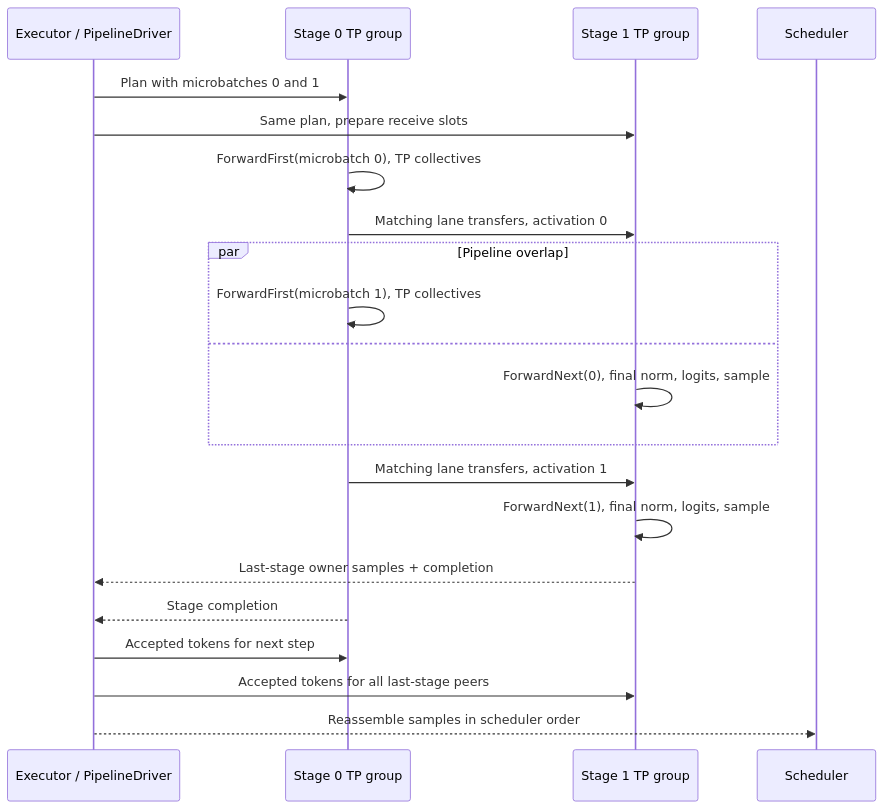
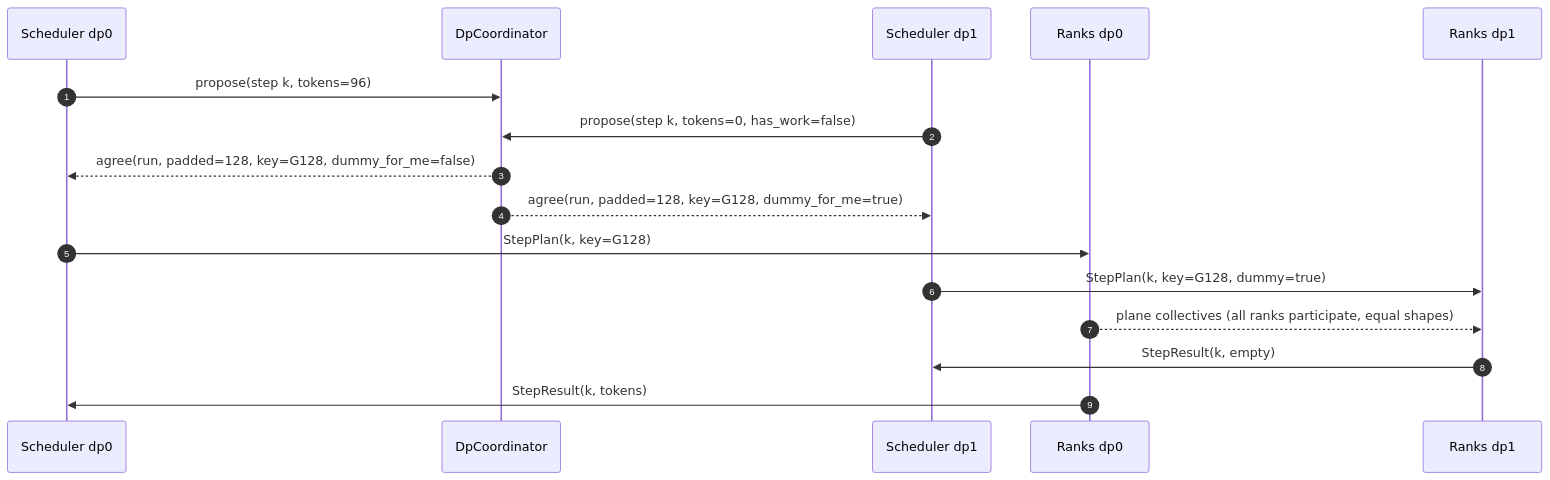
Before and after one commit to divedb/InferX: the fifth of 6 diagrams in docs/executor.md, drawn with Mermaid. The commit also changed other lines of this file and 77 other files, not shown here.

````diff
--- a/docs/executor.md
+++ b/docs/executor.md
@@ -490,23 +1104,18 @@
 ```mermaid
 sequenceDiagram
-    participant E as Executor / PipelineDriver
-    participant A as Stage 0 TP group
-    participant B as Stage 1 TP group
-    participant S as Scheduler
-    E->>A: Plan with microbatches 0 and 1
-    E->>B: Same plan, prepare receive slots
-    A->>A: ForwardFirst(microbatch 0), TP collectives
-    A->>B: Matching lane transfers, activation 0
-    par Pipeline overlap
-        A->>A: ForwardFirst(microbatch 1), TP collectives
-    and
-        B->>B: ForwardNext(0), final norm, logits, sample
-    end
-    A->>B: Matching lane transfers, activation 1
-    B->>B: ForwardNext(1), final norm, logits, sample
-    B-->>E: Last-stage owner samples + completion
-    A-->>E: Stage completion
-    E->>A: Accepted tokens for next step
-    E->>B: Accepted tokens for all last-stage peers
-    E-->>S: Reassemble samples in scheduler order
+  autonumber
+  participant A as Scheduler dp0
+  participant C as DpCoordinator
+  participant B as Scheduler dp1
+  participant RA as Ranks dp0
+  participant RB as Ranks dp1
+  A->>C: propose(step k, tokens=96)
+  B->>C: propose(step k, tokens=0, has_work=false)
+  C-->>A: agree(run, padded=128, key=G128, dummy_for_me=false)
+  C-->>B: agree(run, padded=128, key=G128, dummy_for_me=true)
+  A->>RA: StepPlan(k, key=G128)
+  B->>RB: StepPlan(k, key=G128, dummy=true)
+  RA-->>RB: plane collectives (all ranks participate, equal shapes)
+  RB->>B: StepResult(k, empty)
+  RA->>A: StepResult(k, tokens)
 ```
````
